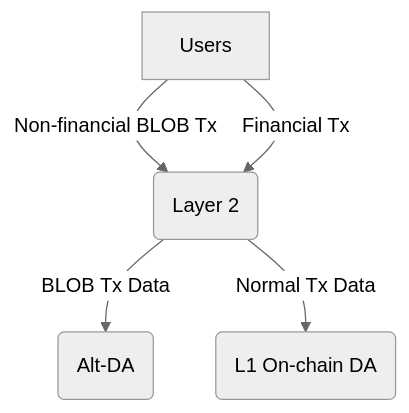
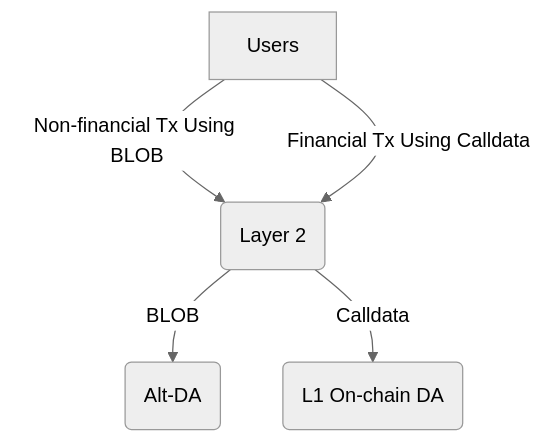
Before and after one commit to ethereum-optimism/specs: the diagram in specs/experimental/l2-blob.md, drawn with Mermaid (neutral theme). The commit also changed other lines of this file, not shown here.

````diff
--- a/specs/experimental/l2-blob.md
+++ b/specs/experimental/l2-blob.md
@@ -26,7 +26,7 @@
 ```mermaid
 flowchart
-    A[Users] -->|Non-financial BLOB Tx| B(Layer 2)
-    A[Users] -->|Financial Tx| B(Layer 2)
-    B -->|BLOB Tx Data| C(Alt-DA)
-    B -->|Normal Tx Data| D(L1 On-chain DA)
+    A[Users] -->|Non-financial Tx Using BLOB| B(Layer 2)
+    A[Users] -->|Financial Tx Using Calldata| B(Layer 2)
+    B -->|BLOB| C(Alt-DA)
+    B -->|Calldata| D(L1 On-chain DA)
 ```
````
